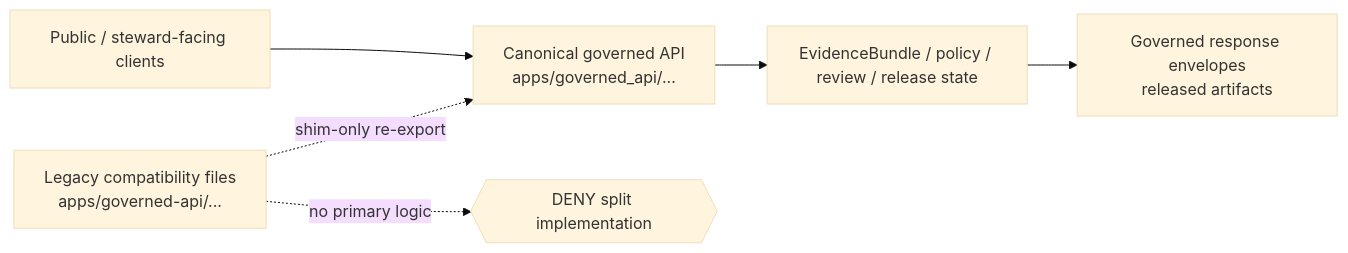
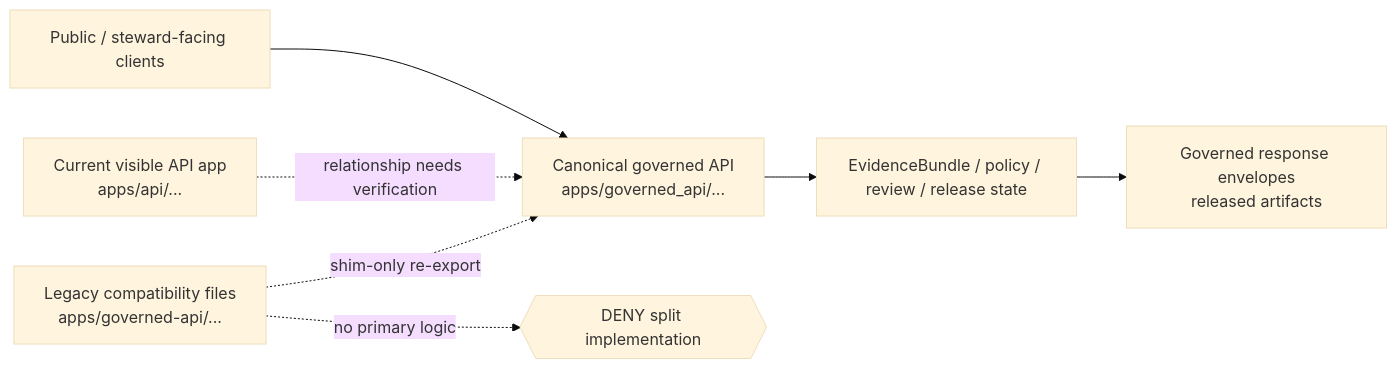
Before and after one commit to bartytime4life/Kansas-Frontier-Matrix: the diagram in docs/adr/ADR-0202-governed-api-path-canonicalization.md, drawn with Mermaid (base theme). The commit also changed other lines of this file, not shown here.

````diff
--- a/docs/adr/ADR-0202-governed-api-path-canonicalization.md
+++ b/docs/adr/ADR-0202-governed-api-path-canonicalization.md
@@ -68,15 +66,17 @@
 ```mermaid
 flowchart LR
   client[Public / steward-facing clients]
   api[Canonical governed API<br/>apps/governed_api/...]
   legacy[Legacy compatibility files<br/>apps/governed-api/...]
+  current[Current visible API app<br/>apps/api/...]
   evidence[EvidenceBundle / policy / review / release state]
   published[Governed response envelopes<br/>released artifacts]
 
   legacy -. shim-only re-export .-> api
+  current -. relationship needs verification .-> api
   client --> api
   api --> evidence
   evidence --> published
 
   legacy -. no primary logic .-> deny{{DENY split implementation}}
 ```
````
